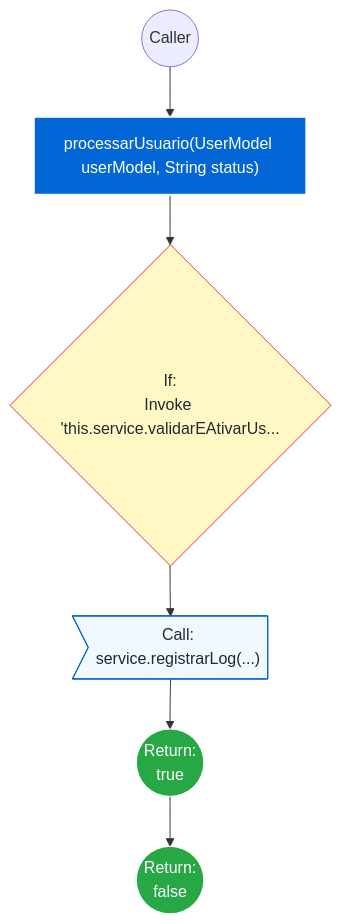
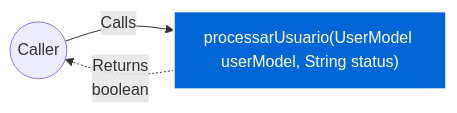
The second of 2 diagrams in docs/UsuarioController.md (FelipeMCassiano/geanky), drawn with Mermaid before and after one commit. The commit also changed other lines of this file and 6 other files, not shown here.

````diff
--- a/docs/UsuarioController.md
+++ b/docs/UsuarioController.md
@@ -99,14 +99,9 @@
 ```mermaid
-flowchart TD
+flowchart LR
     classDef methodNode fill:#0366d6,stroke:#fff,stroke-width:2px,color:#fff;
-    classDef callNode fill:#f1f8ff,stroke:#0366d6,color:#24292f;
-    classDef ifNode fill:#fff8c5,stroke:#d73a49,color:#24292f;
-    classDef retNode fill:#28a745,stroke:#fff,color:#fff;
+    Caller(("Caller"))
+    Method["processarUsuario(UserModel userModel, String status)"]:::methodNode
 
-    START(("Caller")) --> M_ENTRY["processarUsuario(UserModel userModel, String status)"]:::methodNode
-    M_ENTRY --> N1{"If:<br>Invoke 'this.service.validarEAtivarUs..."}:::ifNode
-    N1 --> N2>"Call:<br>service.registrarLog(...)"]:::callNode
-    N2 --> N3(("Return:<br>true")):::retNode
-    N3 --> N4(("Return:<br>false")):::retNode
-
+    Caller -- "Calls" --> Method
+    Method -. "Returns<br>boolean" .-> Caller
 ```
````
